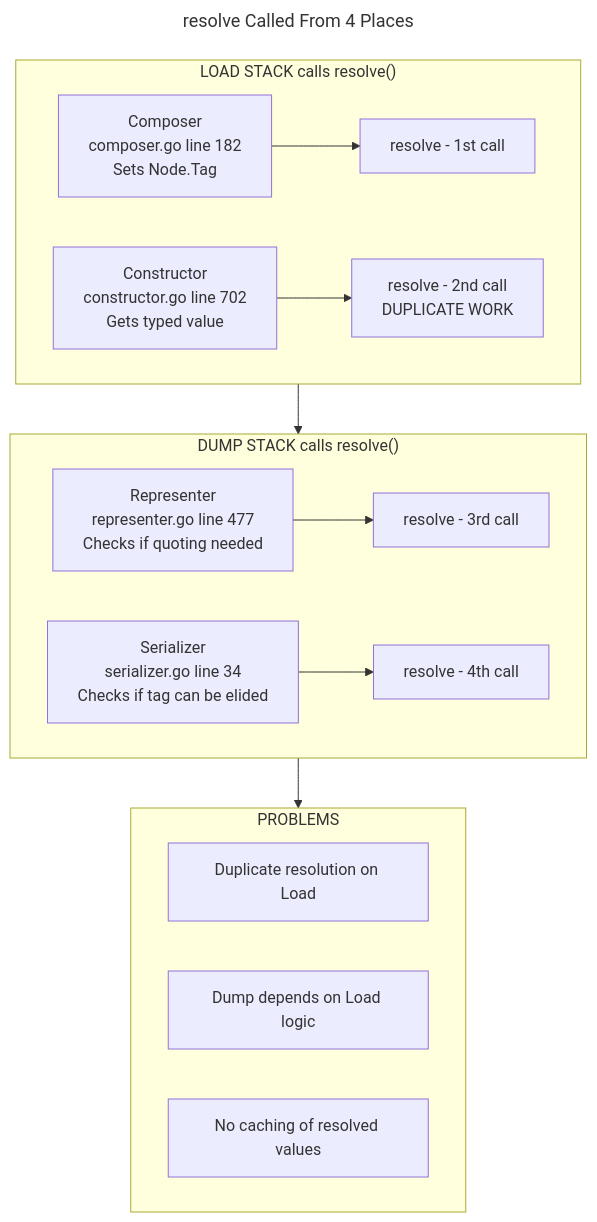
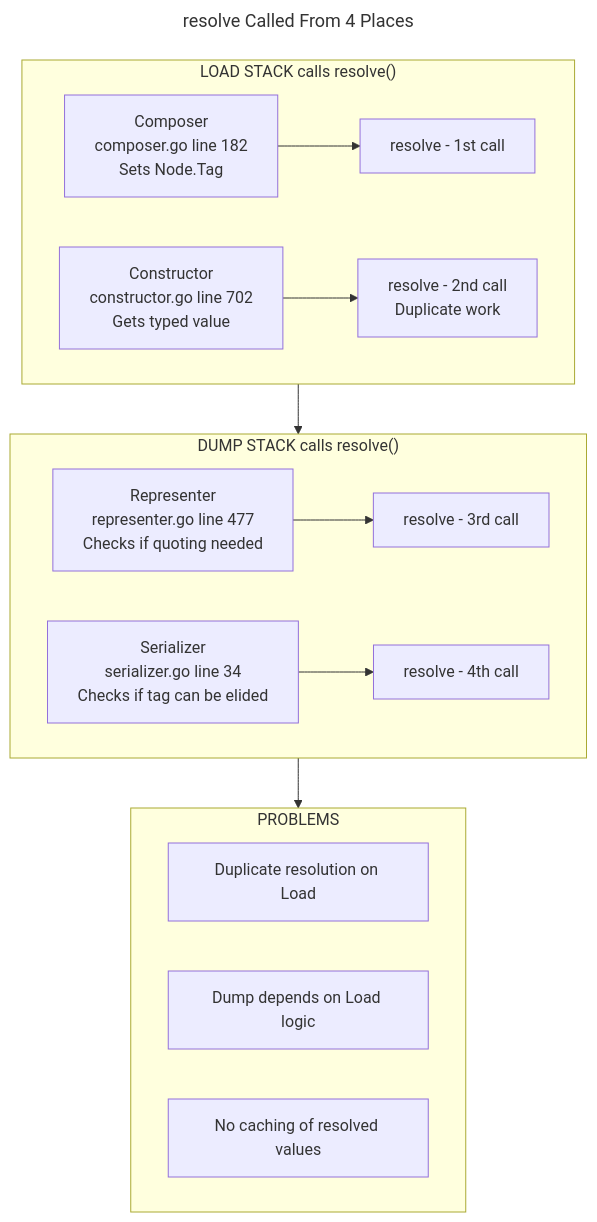
One commit to yaml/go-yaml changed the diagram in docs/dev/resolver-problem.mmd. Above: the diagram before and after it, drawn with Mermaid.

Commit message:
Small doc fix suggested by copilot

```diff
--- a/docs/dev/resolver-problem.mmd
+++ b/docs/dev/resolver-problem.mmd
@@ -1,25 +1,25 @@
 ---
 title: resolve Called From 4 Places
 ---
 flowchart TB
     subgraph LOAD ["LOAD STACK calls resolve()"]
         direction LR
         L_composer[Composer<br/>composer.go line 182<br/>Sets Node.Tag] --> L_resolve1[resolve - 1st call]
-        L_constructor[Constructor<br/>constructor.go line 702<br/>Gets typed value] --> L_resolve2[resolve - 2nd call<br/>DUPLICATE WORK]
+        L_constructor[Constructor<br/>constructor.go line 702<br/>Gets typed value] --> L_resolve2[resolve - 2nd call<br/>Duplicate work]
     end
 
     subgraph DUMP ["DUMP STACK calls resolve()"]
         direction LR
         D_representer[Representer<br/>representer.go line 477<br/>Checks if quoting needed] --> D_resolve3[resolve - 3rd call]
         D_serializer[Serializer<br/>serializer.go line 34<br/>Checks if tag can be elided] --> D_resolve4[resolve - 4th call]
     end
 
     subgraph PROBLEMS ["PROBLEMS"]
         direction LR
         P1[Duplicate resolution on Load]
         P2[Dump depends on Load logic]
         P3[No caching of resolved values]
     end
 
     LOAD --> DUMP
     DUMP --> PROBLEMS
```
